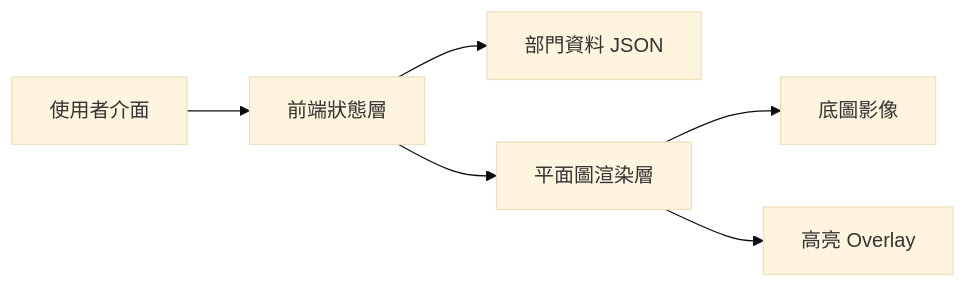
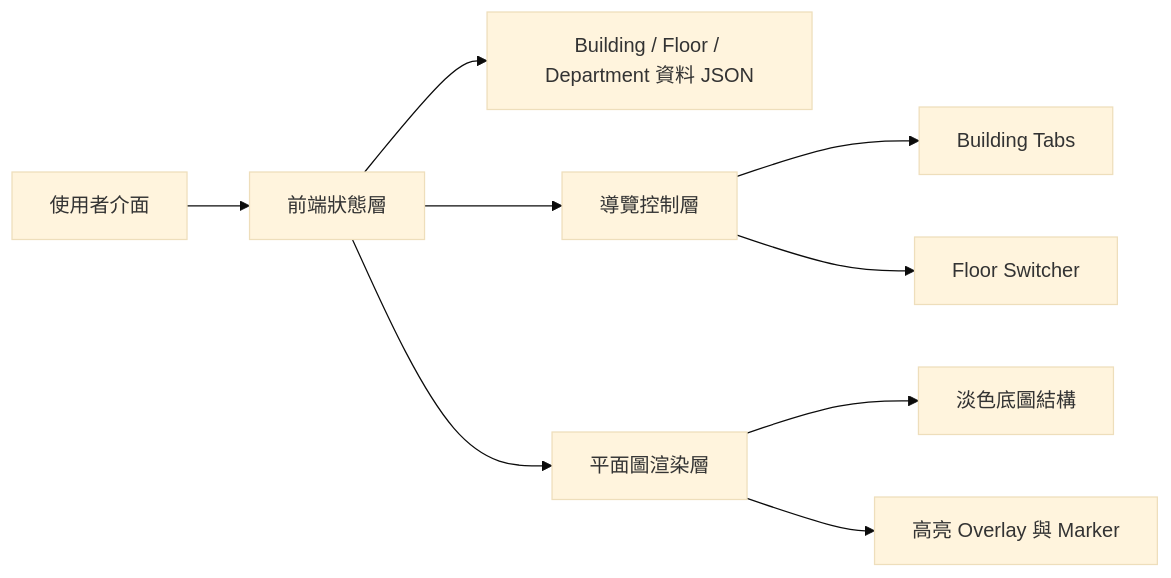
The first of 2 diagrams in .trae/documents/technical-architecture.md (wilsonlcf1216-lab/clickonme), drawn with Mermaid (base theme) before and after one commit. The commit also changed other lines of this file and 10 other files, not shown here.

````diff
--- a/.trae/documents/technical-architecture.md
+++ b/.trae/documents/technical-architecture.md
@@ -2,8 +2,11 @@
 ```mermaid
 flowchart LR
     A["使用者介面"] --> B["前端狀態層"]
-    B --> C["部門資料 JSON"]
-    B --> D["平面圖渲染層"]
-    D --> E["底圖影像"]
-    D --> F["高亮 Overlay"]
+    B --> C["Building / Floor / Department 資料 JSON"]
+    B --> D["導覽控制層"]
+    D --> E["Building Tabs"]
+    D --> F["Floor Switcher"]
+    B --> G["平面圖渲染層"]
+    G --> H["淡色底圖結構"]
+    G --> I["高亮 Overlay 與 Marker"]
 ```
````
